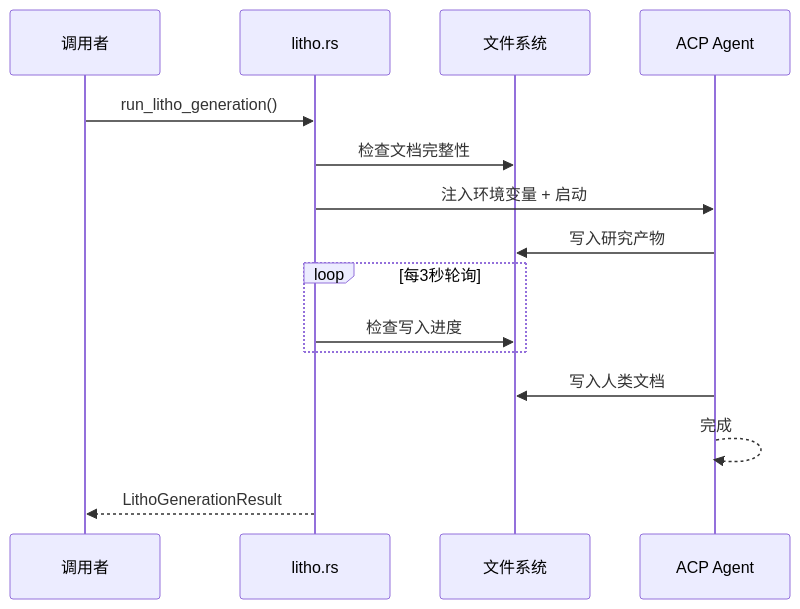
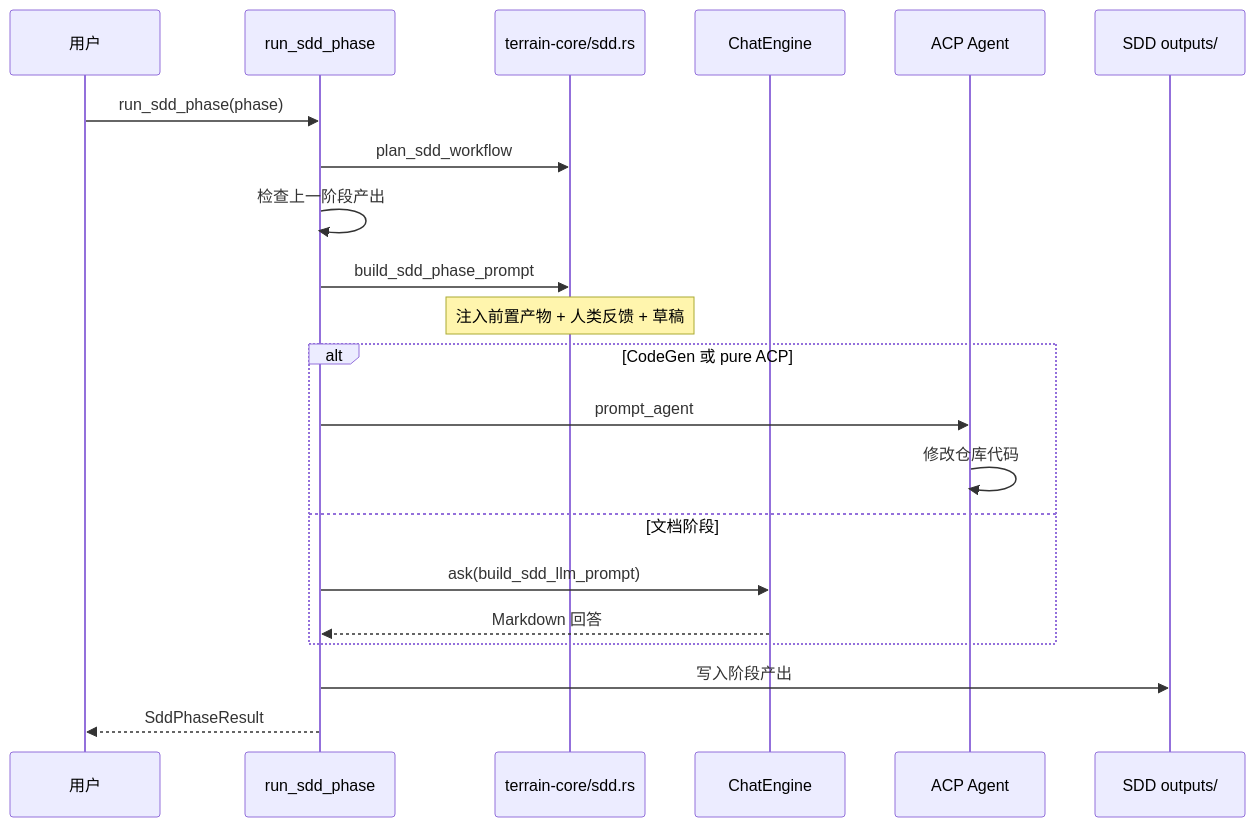
Before and after one commit to sopaco/terrain: the ninth of 9 diagrams in .terrain/human/3.工作流.md, drawn with Mermaid. The commit also changed other lines of this file and 27 other files, not shown here.

````diff
--- a/.terrain/human/3.工作流.md
+++ b/.terrain/human/3.工作流.md
@@ -107,18 +263,24 @@
 ```mermaid
 sequenceDiagram
-    participant Caller as 调用者
-    participant Litho as litho.rs
-    participant FS as 文件系统
+    participant User as 用户
+    participant SDD as run_sdd_phase
+    participant Core as terrain-core/sdd.rs
+    participant CE as ChatEngine
     participant ACP as ACP Agent
+    participant Disk as SDD outputs/
 
-    Caller->>Litho: run_litho_generation()
-    Litho->>FS: 检查文档完整性
-    Litho->>ACP: 注入环境变量 + 启动
-    ACP->>FS: 写入研究产物
-    loop 每3秒轮询
-        Litho->>FS: 检查写入进度
+    User->>SDD: run_sdd_phase(phase)
+    SDD->>Core: plan_sdd_workflow
+    SDD->>SDD: 检查上一阶段产出
+    SDD->>Core: build_sdd_phase_prompt
+    Note over Core: 注入前置产物 + 人类反馈 + 草稿
+    alt CodeGen 或 pure ACP
+        SDD->>ACP: prompt_agent
+        ACP->>ACP: 修改仓库代码
+    else 文档阶段
+        SDD->>CE: ask(build_sdd_llm_prompt)
+        CE-->>SDD: Markdown 回答
     end
-    ACP->>FS: 写入人类文档
-    ACP-->>ACP: 完成
-    Litho-->>Caller: LithoGenerationResult
+    SDD->>Disk: 写入阶段产出
+    SDD-->>User: SddPhaseResult
 ```
````
